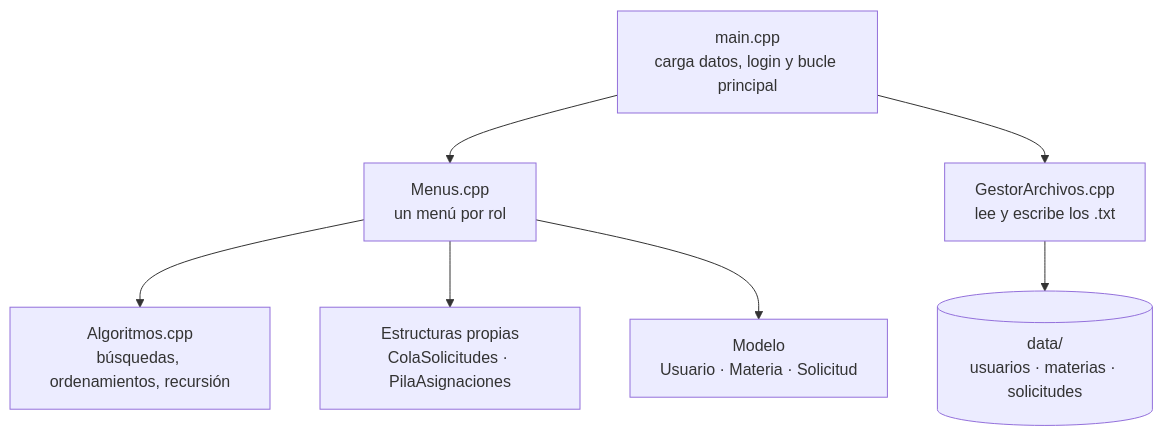
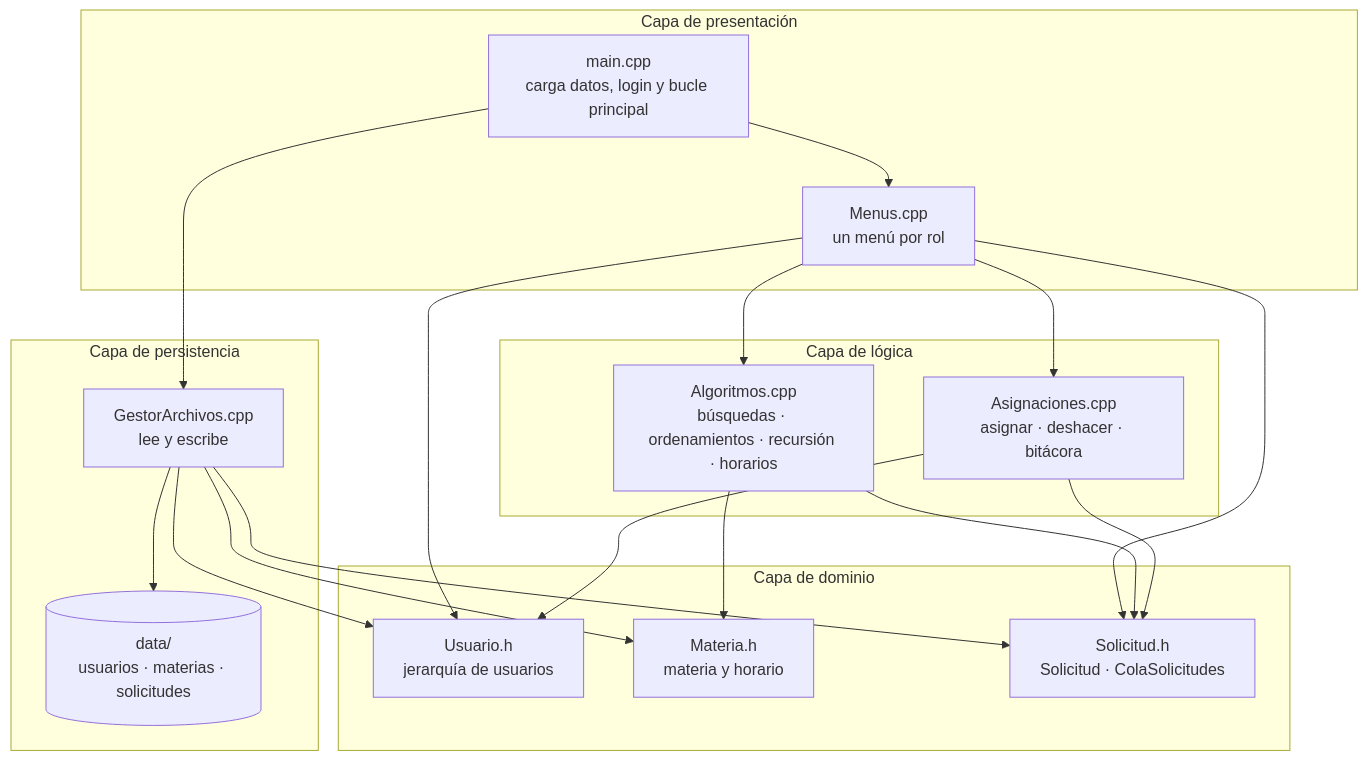
The first of 4 diagrams in README.md (worksedu-prog/Algoritmos-2026-S2-PROYECTO), drawn with Mermaid before and after one commit. The commit also changed other lines of this file and 1 other file, not shown here.

````diff
--- a/README.md
+++ b/README.md
@@ -108,9 +121,34 @@
 ```mermaid
-flowchart TD
-    A[main.cpp<br/>carga datos, login y bucle principal] --> B[Menus.cpp<br/>un menú por rol]
-    B --> C[Algoritmos.cpp<br/>búsquedas, ordenamientos, recursión]
-    B --> D[Estructuras propias<br/>ColaSolicitudes · PilaAsignaciones]
-    B --> E[Modelo<br/>Usuario · Materia · Solicitud]
-    A --> F[GestorArchivos.cpp<br/>lee y escribe los .txt]
-    F --> G[(data/<br/>usuarios · materias · solicitudes)]
+flowchart TB
+    subgraph PRES[Capa de presentación]
+        MAIN[main.cpp<br/>carga datos, login y bucle principal]
+        MENUS[Menus.cpp<br/>un menú por rol]
+    end
+    subgraph LOGI[Capa de lógica]
+        ALG[Algoritmos.cpp<br/>búsquedas · ordenamientos · recursión · horarios]
+        ASG[Asignaciones.cpp<br/>asignar · deshacer · bitácora]
+    end
+    subgraph DOMI[Capa de dominio]
+        USR[Usuario.h<br/>jerarquía de usuarios]
+        MAT[Materia.h<br/>materia y horario]
+        SOL[Solicitud.h<br/>Solicitud · ColaSolicitudes]
+    end
+    subgraph PERS[Capa de persistencia]
+        GA[GestorArchivos.cpp<br/>lee y escribe]
+        DATA[(data/<br/>usuarios · materias · solicitudes)]
+    end
+    MAIN --> MENUS
+    MAIN --> GA
+    MENUS --> ALG
+    MENUS --> ASG
+    MENUS --> USR
+    MENUS --> SOL
+    ALG --> MAT
+    ALG --> SOL
+    ASG --> USR
+    ASG --> SOL
+    GA --> USR
+    GA --> MAT
+    GA --> SOL
+    GA --> DATA
 ```
````
